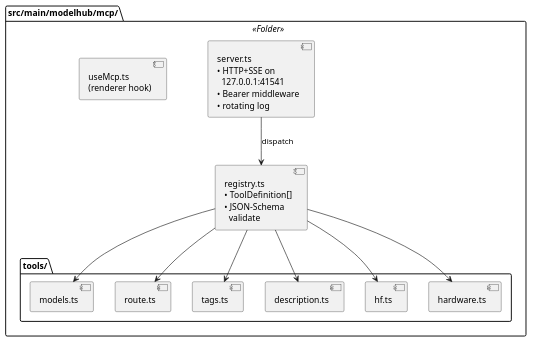
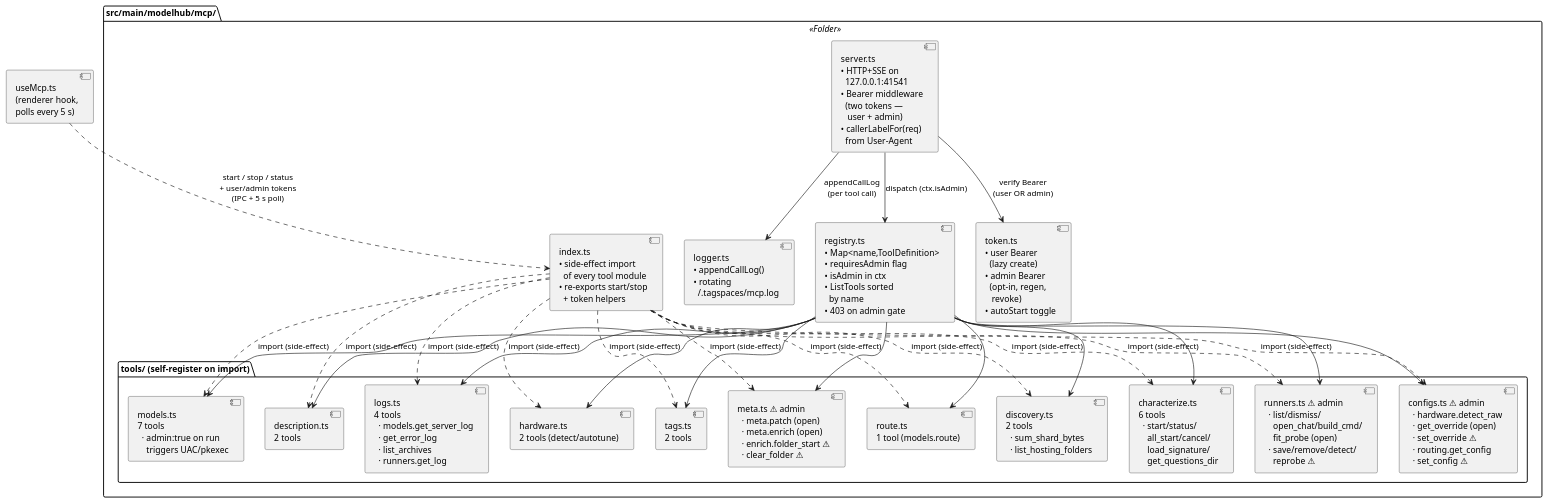
One commit to Syphys/maestria changed the diagram in docs/diagrams/_includes/components/mcp-stack.iuml. Above: the diagram before and after it, drawn with PlantUML. The commit also changed 3 other files, not shown here.

First line of the commit message:
docs(diagrams): MCP UI-parity wave + two-tier auth

```diff
--- a/docs/diagrams/_includes/components/mcp-stack.iuml
+++ b/docs/diagrams/_includes/components/mcp-stack.iuml
@@ -1,25 +1,55 @@
 ' Partial — MCP server stack. Included by any composer that draws
 ' the MCP layer.
 
 package "src/main/modelhub/mcp/" <<Folder>> as PKG_MCP {
-  component "server.ts\n• HTTP+SSE on\n  127.0.0.1:41541\n• Bearer middleware\n• rotating log" as CMP_MCP_SERVER
-  component "registry.ts\n• ToolDefinition[]\n• JSON-Schema\n  validate" as CMP_MCP_REG
-  component "useMcp.ts\n(renderer hook)" as CMP_MCP_USE
+  component "index.ts\n• side-effect import\n  of every tool module\n• re-exports start/stop\n  + token helpers" as CMP_MCP_INDEX
+  component "server.ts\n• HTTP+SSE on\n  127.0.0.1:41541\n• Bearer middleware\n  (two tokens —\n   user + admin)\n• callerLabelFor(req)\n  from User-Agent" as CMP_MCP_SERVER
+  component "registry.ts\n• Map<name,ToolDefinition>\n• requiresAdmin flag\n• isAdmin in ctx\n• ListTools sorted\n  by name\n• 403 on admin gate" as CMP_MCP_REG
+  component "token.ts\n• user Bearer\n  (lazy create)\n• admin Bearer\n  (opt-in, regen,\n   revoke)\n• autoStart toggle" as CMP_MCP_TOKEN
+  component "logger.ts\n• appendCallLog()\n• rotating\n  ~/.tagspaces/mcp.log" as CMP_MCP_LOG
 
-  package "tools/" as PKG_MCP_TOOLS {
-    component "models.ts" as CMP_T_MODELS
-    component "route.ts" as CMP_T_ROUTE
-    component "tags.ts" as CMP_T_TAGS
-    component "description.ts" as CMP_T_DESC
-    component "hf.ts" as CMP_T_HF
-    component "hardware.ts" as CMP_T_HW
+  package "tools/ (self-register on import)" as PKG_MCP_TOOLS {
+    component "models.ts\n7 tools\n  · admin:true on run\n    triggers UAC/pkexec" as CMP_T_MODELS
+    component "route.ts\n1 tool (models.route)" as CMP_T_ROUTE
+    component "tags.ts\n2 tools" as CMP_T_TAGS
+    component "description.ts\n2 tools" as CMP_T_DESC
+    component "hardware.ts\n2 tools (detect/autotune)" as CMP_T_HW
+    component "characterize.ts\n6 tools\n  · start/status/\n    all_start/cancel/\n    load_signature/\n    get_questions_dir" as CMP_T_CHAR
+    component "logs.ts\n4 tools\n  · models.get_server_log\n  · get_error_log\n  · list_archives\n  · runners.get_log" as CMP_T_LOGS
+    component "meta.ts ⚠ admin\n  · meta.patch (open)\n  · meta.enrich (open)\n  · enrich.folder_start ⚠\n  · clear_folder ⚠" as CMP_T_META
+    component "discovery.ts\n2 tools\n  · sum_shard_bytes\n  · list_hosting_folders" as CMP_T_DISC
+    component "runners.ts ⚠ admin\n  · list/dismiss/\n    open_chat/build_cmd/\n    fit_probe (open)\n  · save/remove/detect/\n    reprobe ⚠" as CMP_T_RUNN
+    component "configs.ts ⚠ admin\n  · hardware.detect_raw\n  · get_override (open)\n  · set_override ⚠\n  · routing.get_config\n  · set_config ⚠" as CMP_T_CFG
   }
 }
 
-CMP_MCP_SERVER --> CMP_MCP_REG : dispatch
+component "useMcp.ts\n(renderer hook,\npolls every 5 s)" as CMP_MCP_USE
+
+CMP_MCP_INDEX ..> CMP_T_MODELS : import (side-effect)
+CMP_MCP_INDEX ..> CMP_T_ROUTE  : import (side-effect)
+CMP_MCP_INDEX ..> CMP_T_TAGS   : import (side-effect)
+CMP_MCP_INDEX ..> CMP_T_DESC   : import (side-effect)
+CMP_MCP_INDEX ..> CMP_T_HW     : import (side-effect)
+CMP_MCP_INDEX ..> CMP_T_CHAR   : import (side-effect)
+CMP_MCP_INDEX ..> CMP_T_LOGS   : import (side-effect)
+CMP_MCP_INDEX ..> CMP_T_META   : import (side-effect)
+CMP_MCP_INDEX ..> CMP_T_DISC   : import (side-effect)
+CMP_MCP_INDEX ..> CMP_T_RUNN   : import (side-effect)
+CMP_MCP_INDEX ..> CMP_T_CFG    : import (side-effect)
+
+CMP_MCP_SERVER --> CMP_MCP_REG : dispatch (ctx.isAdmin)
+CMP_MCP_SERVER --> CMP_MCP_TOKEN : verify Bearer\n(user OR admin)
+CMP_MCP_SERVER --> CMP_MCP_LOG : appendCallLog\n(per tool call)
 CMP_MCP_REG --> CMP_T_MODELS
 CMP_MCP_REG --> CMP_T_ROUTE
 CMP_MCP_REG --> CMP_T_TAGS
 CMP_MCP_REG --> CMP_T_DESC
-CMP_MCP_REG --> CMP_T_HF
 CMP_MCP_REG --> CMP_T_HW
+CMP_MCP_REG --> CMP_T_CHAR
+CMP_MCP_REG --> CMP_T_LOGS
+CMP_MCP_REG --> CMP_T_META
+CMP_MCP_REG --> CMP_T_DISC
+CMP_MCP_REG --> CMP_T_RUNN
+CMP_MCP_REG --> CMP_T_CFG
+
+CMP_MCP_USE ..> CMP_MCP_INDEX : start / stop / status\n+ user/admin tokens\n(IPC + 5 s poll)
```
